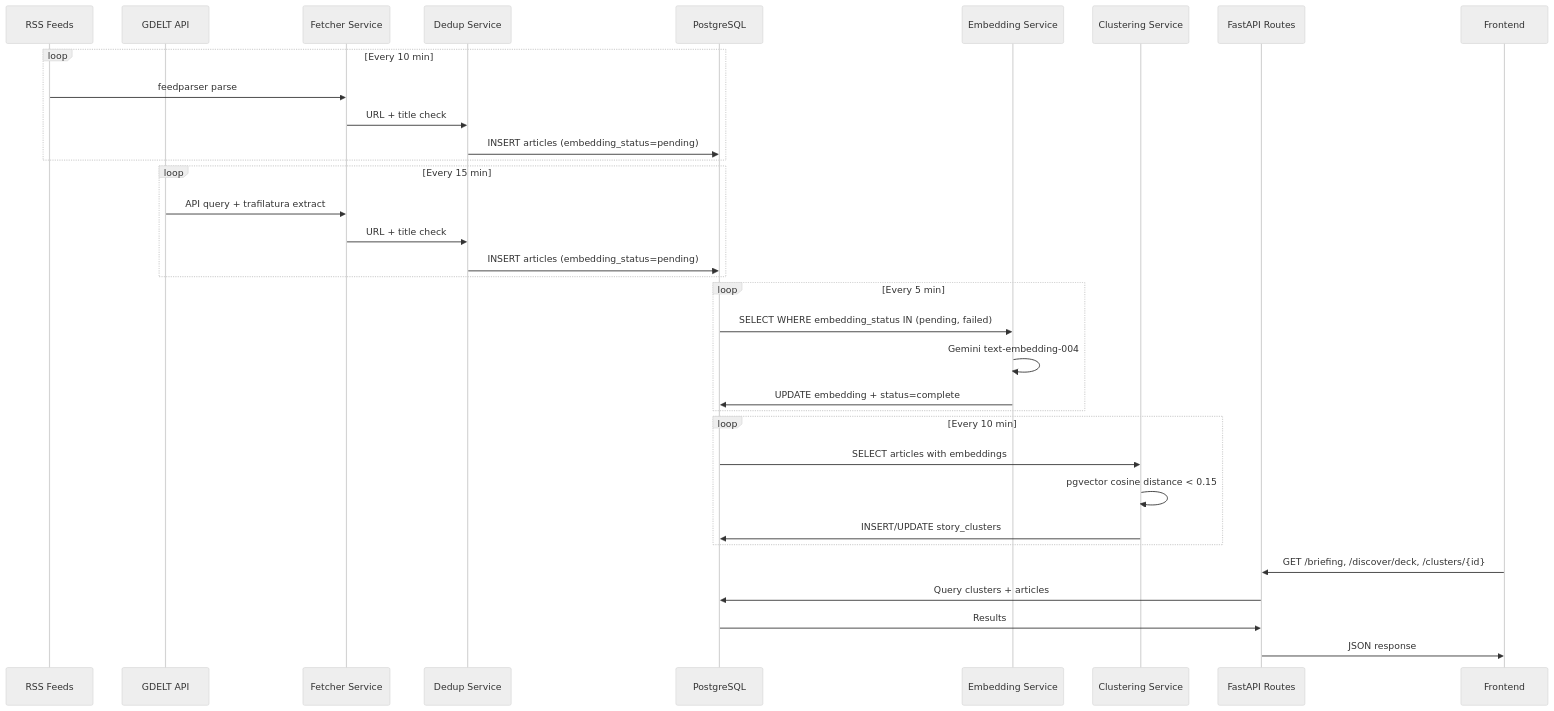
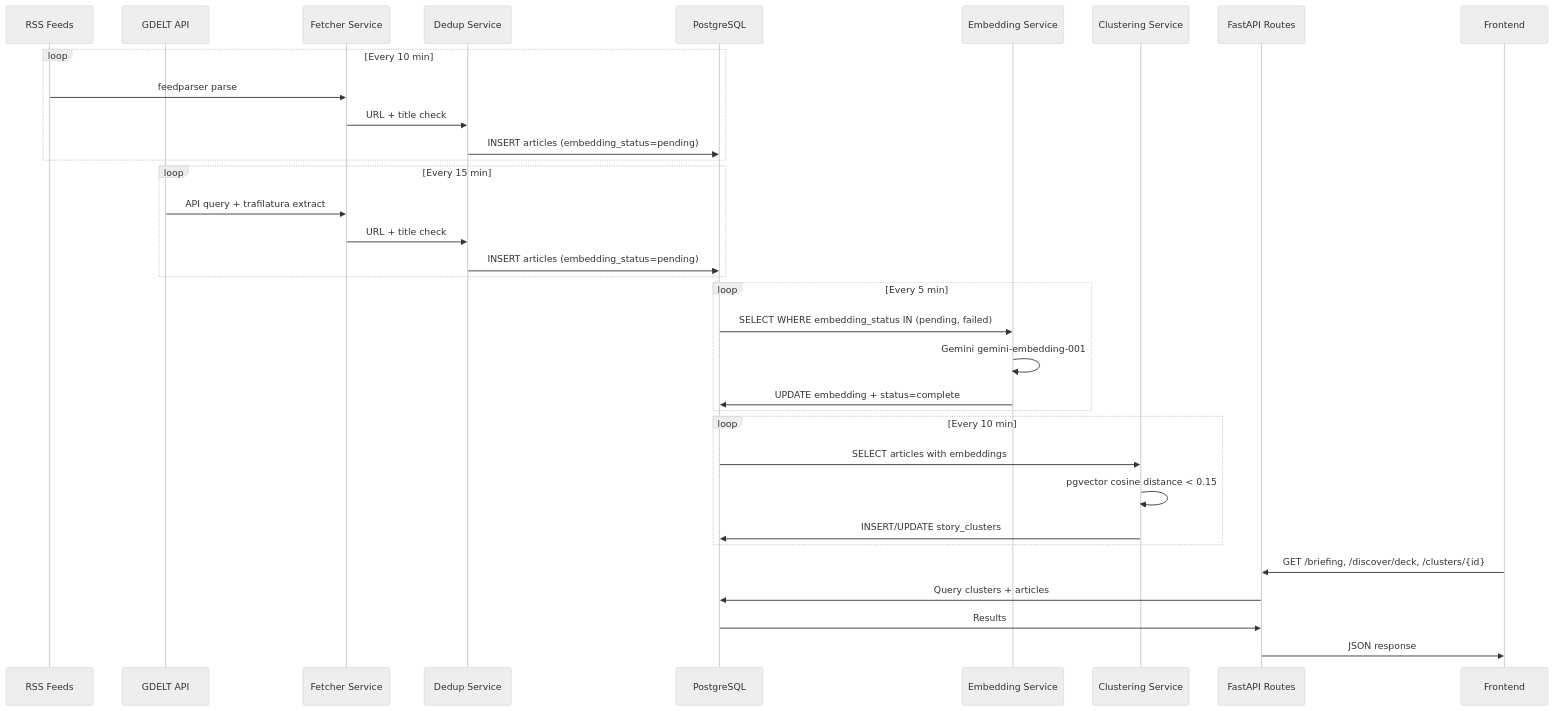
The second of 4 diagrams in ARCHITECTURE.md (Mr-Genesis/newslens), drawn with Mermaid (neutral theme) before and after one commit. The commit also changed other lines of this file and 8 other files, not shown here.

First line of the commit message:
fix(embeddings): use gemini-embedding-001 (text-embedding-004 retired -> 404)

````diff
--- a/ARCHITECTURE.md
+++ b/ARCHITECTURE.md
@@ -90,41 +90,41 @@
 ```mermaid
 sequenceDiagram
     participant RSS as RSS Feeds
     participant GDELT as GDELT API
     participant Fetch as Fetcher Service
     participant Dedup as Dedup Service
     participant DB as PostgreSQL
     participant Embed as Embedding Service
     participant Cluster as Clustering Service
     participant API as FastAPI Routes
     participant UI as Frontend
 
     loop Every 10 min
         RSS->>Fetch: feedparser parse
         Fetch->>Dedup: URL + title check
         Dedup->>DB: INSERT articles (embedding_status=pending)
     end
 
     loop Every 15 min
         GDELT->>Fetch: API query + trafilatura extract
         Fetch->>Dedup: URL + title check
         Dedup->>DB: INSERT articles (embedding_status=pending)
     end
 
     loop Every 5 min
         DB->>Embed: SELECT WHERE embedding_status IN (pending, failed)
-        Embed->>Embed: Gemini text-embedding-004
+        Embed->>Embed: Gemini gemini-embedding-001
         Embed->>DB: UPDATE embedding + status=complete
     end
 
     loop Every 10 min
         DB->>Cluster: SELECT articles with embeddings
         Cluster->>Cluster: pgvector cosine distance < 0.15
         Cluster->>DB: INSERT/UPDATE story_clusters
     end
 
     UI->>API: GET /briefing, /discover/deck, /clusters/{id}
     API->>DB: Query clusters + articles
     DB->>API: Results
     API->>UI: JSON response
 ```
````
